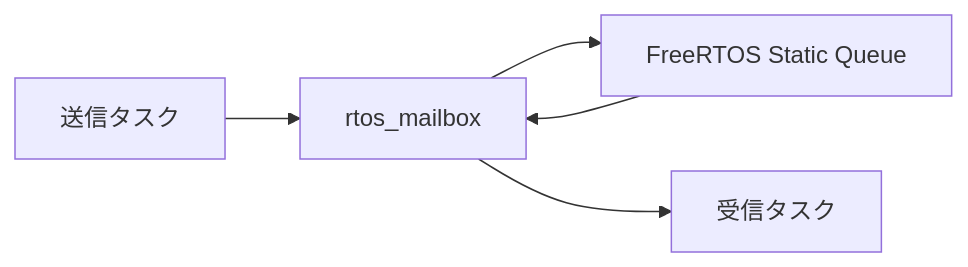
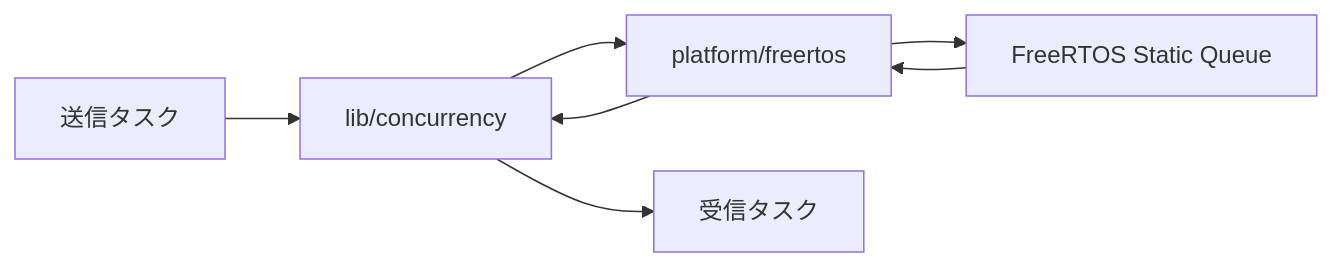
One commit to starkensan/usb_midi_pedal changed the first of 2 diagrams in docs/designs/rtos-mailbox.md. Above: the diagram before and after it, drawn with Mermaid. The commit also changed other lines of this file and 16 other files, not shown here.

````diff
--- a/docs/designs/rtos-mailbox.md
+++ b/docs/designs/rtos-mailbox.md
@@ -25,7 +25,9 @@
 ```mermaid
 flowchart LR
-    producer[送信タスク] --> mailbox[rtos_mailbox]
-    mailbox --> queue[FreeRTOS Static Queue]
-    queue --> mailbox
+    producer[送信タスク] --> mailbox[lib/concurrency]
+    mailbox --> adapter[platform/freertos]
+    adapter --> queue[FreeRTOS Static Queue]
+    queue --> adapter
+    adapter --> mailbox
     mailbox --> consumer[受信タスク]
 ```
````
